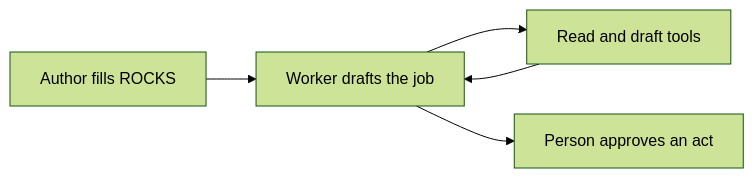
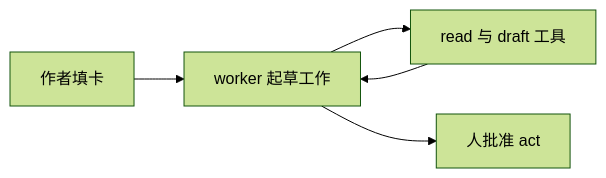
The diagram in specs/agent-design-patterns/01-agent-writing-rocks.md (ethanhuangcst/agent.dan), drawn with Mermaid (forest theme) before and after one commit. The commit also changed other lines of this file and 2 other files, not shown here.

First line of the commit message:
Translate ROCKS pattern page to Chinese; rename ethan.rocks.md to ethan.md.

````diff
--- a/specs/agent-design-patterns/01-agent-writing-rocks.md
+++ b/specs/agent-design-patterns/01-agent-writing-rocks.md
@@ -46,11 +46,11 @@
 ```mermaid
 flowchart LR
-  author[Author fills ROCKS]
-  worker[Worker drafts the job]
-  tools[Read and draft tools]
-  person[Person approves an act]
+  author[作者填卡]
+  worker[worker 起草工作]
+  tools[read 与 draft 工具]
+  person[人批准 act]
   author --> worker
   worker --> tools
   tools --> worker
   worker --> person
 ```
````
